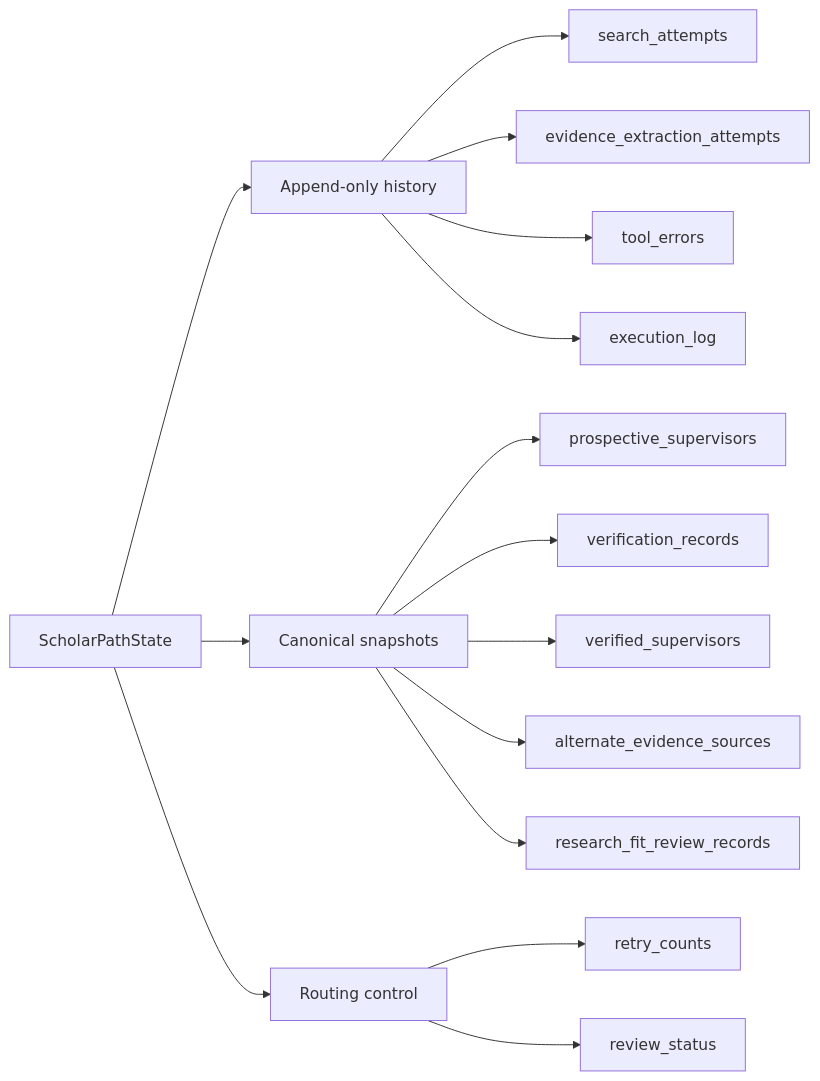
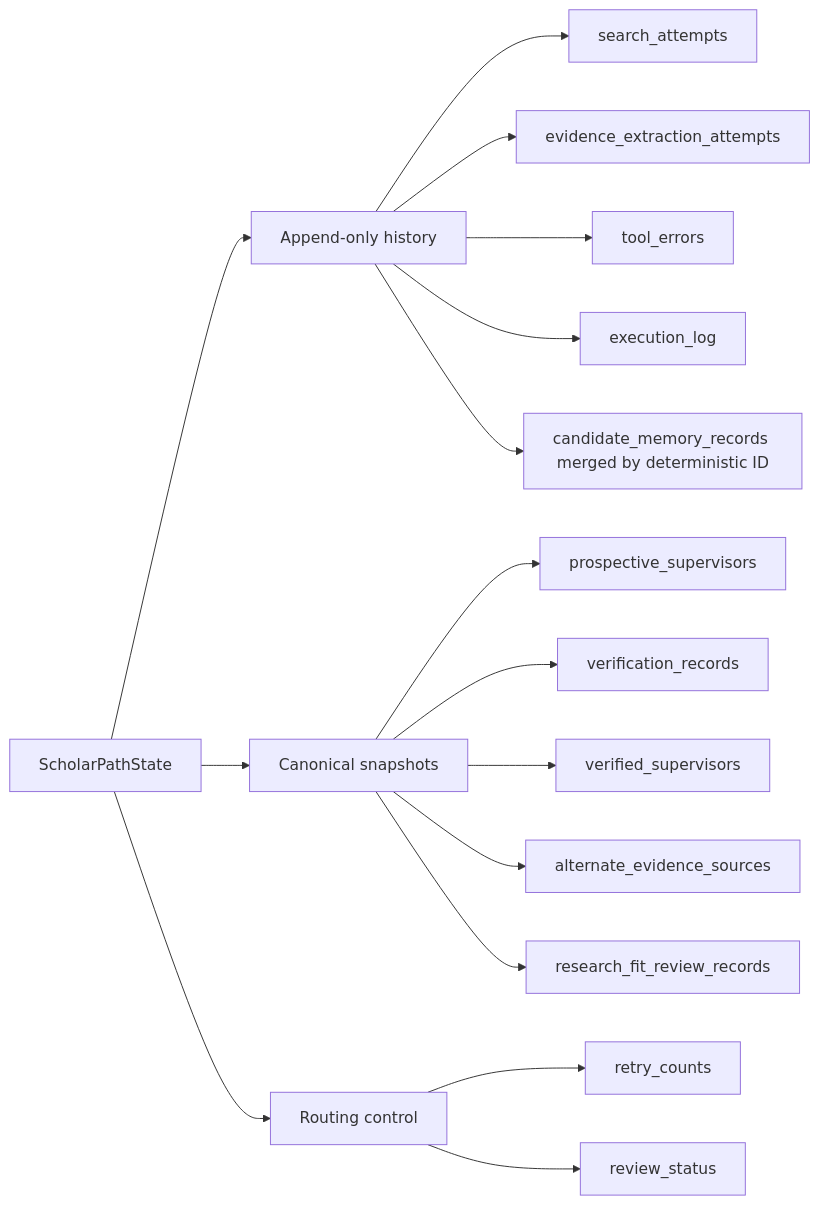
Before and after one commit to shanly-rajan/ai-builder: diagram 15 of 18 in projects/scholar-path/docs/architecture.md, drawn with Mermaid. The commit also changed other lines of this file and 42 other files, not shown here.

Commit message:
feat: add persistent Candidate preference memory

````diff
--- a/projects/scholar-path/docs/architecture.md
+++ b/projects/scholar-path/docs/architecture.md
@@ -545,17 +594,18 @@
 ```mermaid
 flowchart LR
     STATE[ScholarPathState] --> HIST[Append-only history]
     STATE --> SNAP[Canonical snapshots]
     STATE --> CONTROL[Routing control]
     HIST --> SA[search_attempts]
     HIST --> EA[evidence_extraction_attempts]
     HIST --> ERR[tool_errors]
     HIST --> LOG[execution_log]
+    HIST --> MEM[candidate_memory_records merged by deterministic ID]
     SNAP --> PS[prospective_supervisors]
     SNAP --> VR[verification_records]
     SNAP --> VS[verified_supervisors]
     SNAP --> AES[alternate_evidence_sources]
     SNAP --> IR[research_fit_review_records]
     CONTROL --> RETRY[retry_counts]
     CONTROL --> STATUS[review_status]
 ```
````
